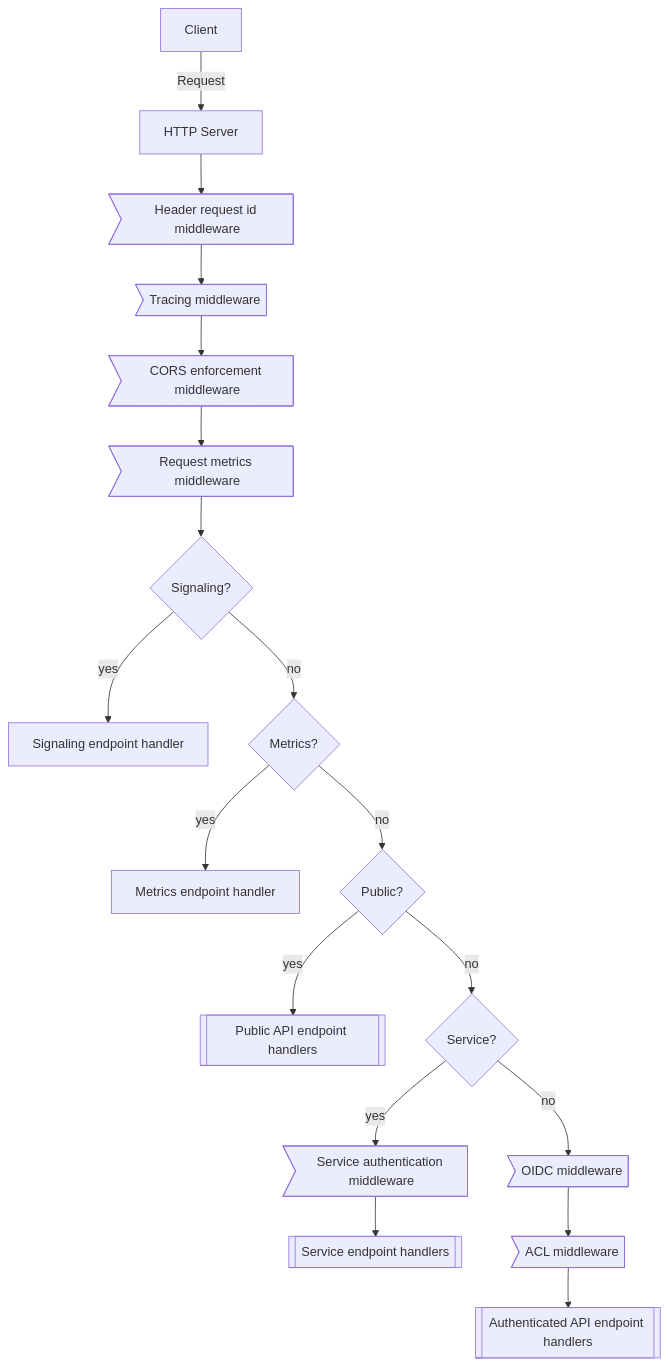
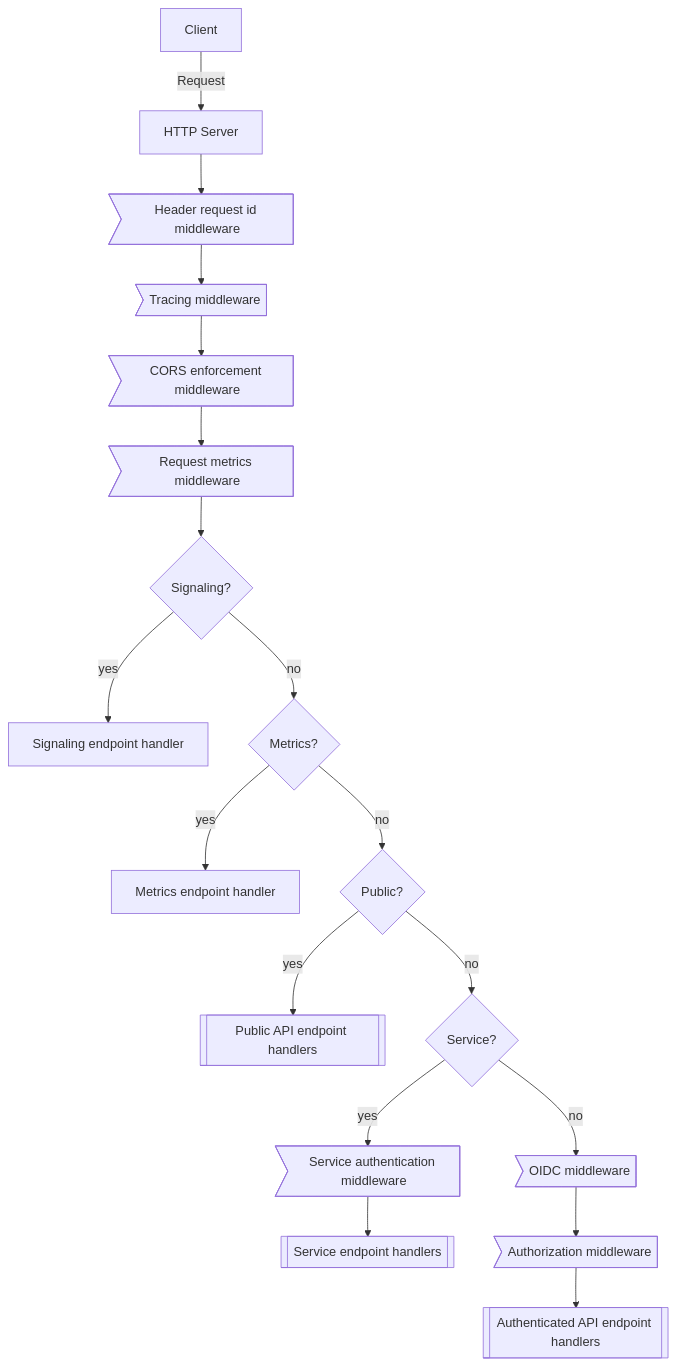
Before and after one commit to opentalk-mirrors/controller: the diagram in docs/admin/under_the_hood/http_requests.md, drawn with Mermaid. The commit also changed other lines of this file and 8 other files, not shown here.

First line of the commit message:
docs(auth): update authorization middleware docs

````diff
--- a/docs/admin/under_the_hood/http_requests.md
+++ b/docs/admin/under_the_hood/http_requests.md
@@ -7,20 +7,20 @@
 ```mermaid
 flowchart TD;
   Client -- Request --> Server[HTTP Server];
   Server --> Headers>Header request id middleware];
   Headers --> Tracing>Tracing middleware];
   Tracing --> Cors>CORS enforcement middleware];
   Cors --> RequestMetrics>Request metrics middleware];
   RequestMetrics --> IsSignaling{Signaling?};
   IsSignaling -- yes --> Signaling[Signaling endpoint handler];
   IsSignaling -- no --> IsMetrics{Metrics?};
   IsMetrics -- yes --> Metrics[Metrics endpoint handler];
   IsMetrics -- no --> IsPublic{Public?};
   IsPublic -- yes --> PublicApiEndpoints[[Public API endpoint handlers]];
   IsPublic -- no --> IsService{Service?};
   IsService -- yes --> ServiceAuth>Service authentication middleware];
   ServiceAuth --> ServiceEndpoints[[Service endpoint handlers]];
   IsService -- no --> OIDC>OIDC middleware];
-  OIDC --> ACL>ACL middleware];
-  ACL--> AuthenticatedApiEndpoints[[Authenticated API endpoint handlers]];
+  OIDC --> Authorization>Authorization middleware];
+  Authorization--> AuthenticatedApiEndpoints[[Authenticated API endpoint handlers]];
 ```
````
